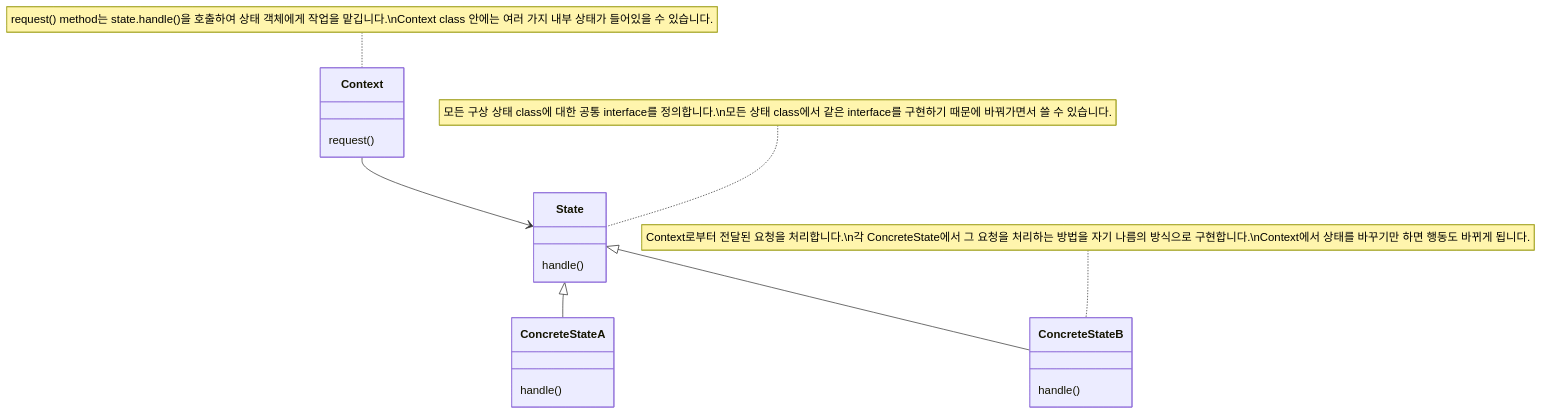
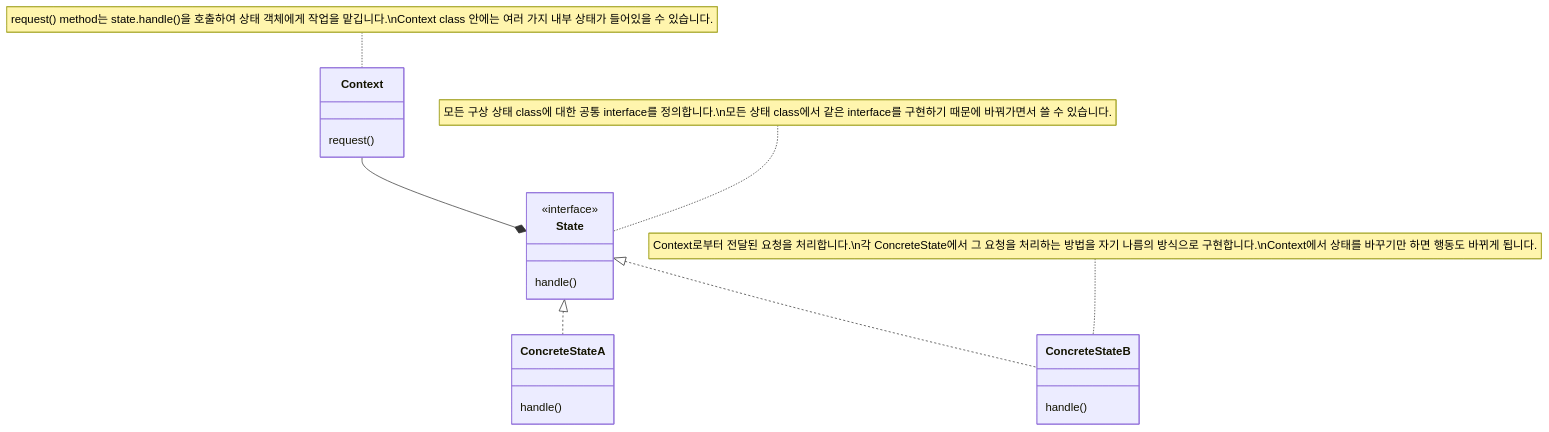
One commit to choesimin/choesimin.github.io changed the first of 6 diagrams in _notes/design-pattern/state-pattern.md. Above: the diagram before and after it, drawn with Mermaid. The commit also changed other lines of this file and 1 other file, not shown here.

````diff
--- a/_notes/design-pattern/state-pattern.md
+++ b/_notes/design-pattern/state-pattern.md
@@ -71,27 +75,28 @@
 ```mermaid
 classDiagram
 
 class Context {
     request()
 }
 
 class State {
+    <<interface>>
     handle()
 }
 
 class ConcreteStateA {
     handle()
 }
 
 class ConcreteStateB {
     handle()
 }
 
-Context --> State
-State <|-- ConcreteStateA
-State <|-- ConcreteStateB
+Context --* State
+State <|.. ConcreteStateA
+State <|.. ConcreteStateB
 
 note for Context "request() method는 state.handle()을 호출하여 상태 객체에게 작업을 맡깁니다.\nContext class 안에는 여러 가지 내부 상태가 들어있을 수 있습니다."
 note for State "모든 구상 상태 class에 대한 공통 interface를 정의합니다.\n모든 상태 class에서 같은 interface를 구현하기 때문에 바꿔가면서 쓸 수 있습니다."
 note for ConcreteStateB "Context로부터 전달된 요청을 처리합니다.\n각 ConcreteState에서 그 요청을 처리하는 방법을 자기 나름의 방식으로 구현합니다.\nContext에서 상태를 바꾸기만 하면 행동도 바뀌게 됩니다."
 ```
````
